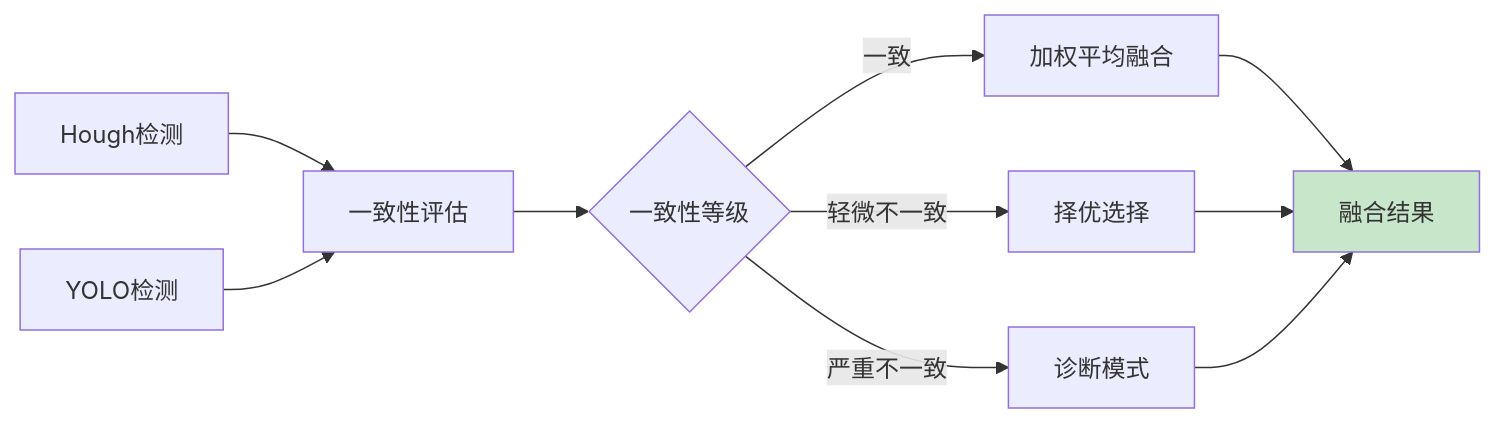
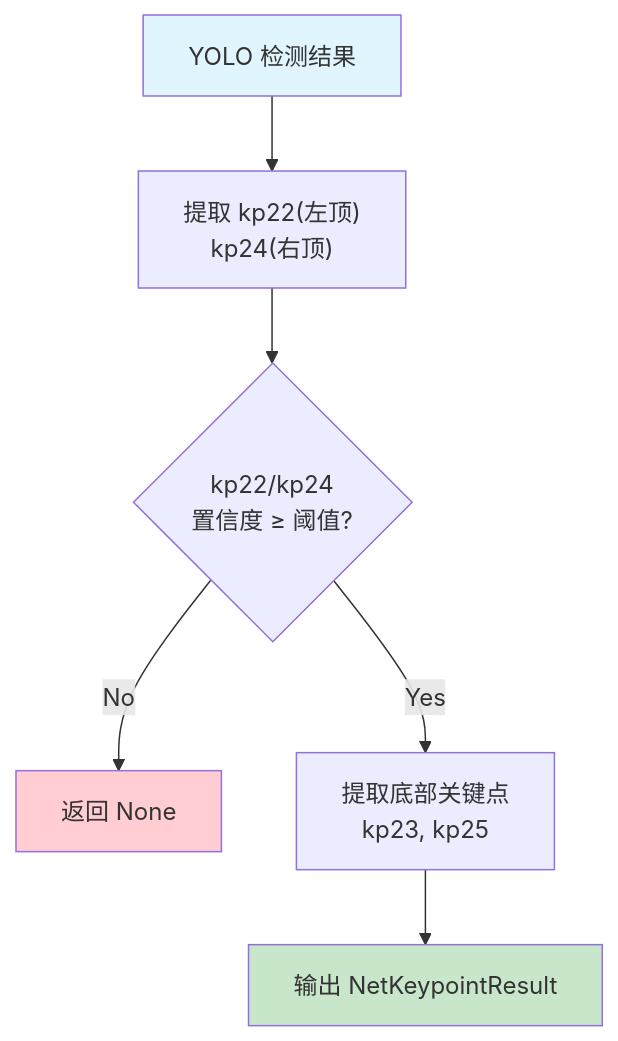
One commit to ddlcx/airforce changed the sixth of 8 diagrams in explain.md. Above: the diagram before and after it, drawn with Mermaid. The commit also changed other lines of this file and 97 other files, not shown here.

````diff
--- a/explain.md
+++ b/explain.md
@@ -599,14 +558,12 @@
 ```mermaid
-flowchart LR
-    A["Hough检测"] --> C["一致性评估"]
-    B["YOLO检测"] --> C
-    C --> D{"一致性等级"}
-    D -->|一致| E["加权平均融合"]
-    D -->|轻微不一致| F["择优选择"]
-    D -->|严重不一致| G["诊断模式"]
-    E --> H["融合结果"]
-    F --> H
-    G --> H
+flowchart TD
+    A["YOLO 检测结果"] --> B["提取 kp22(左顶)<br/>kp24(右顶)"]
+    B --> C{"kp22/kp24<br/>置信度 ≥ 阈值?"}
+    C -->|No| D["返回 None"]
+    C -->|Yes| E["提取底部关键点<br/>kp23, kp25"]
+    E --> F["输出 NetKeypointResult"]
 
-    style H fill:#c8e6c9
+    style A fill:#e1f5fe
+    style F fill:#c8e6c9
+    style D fill:#ffcdd2
 ```
````
